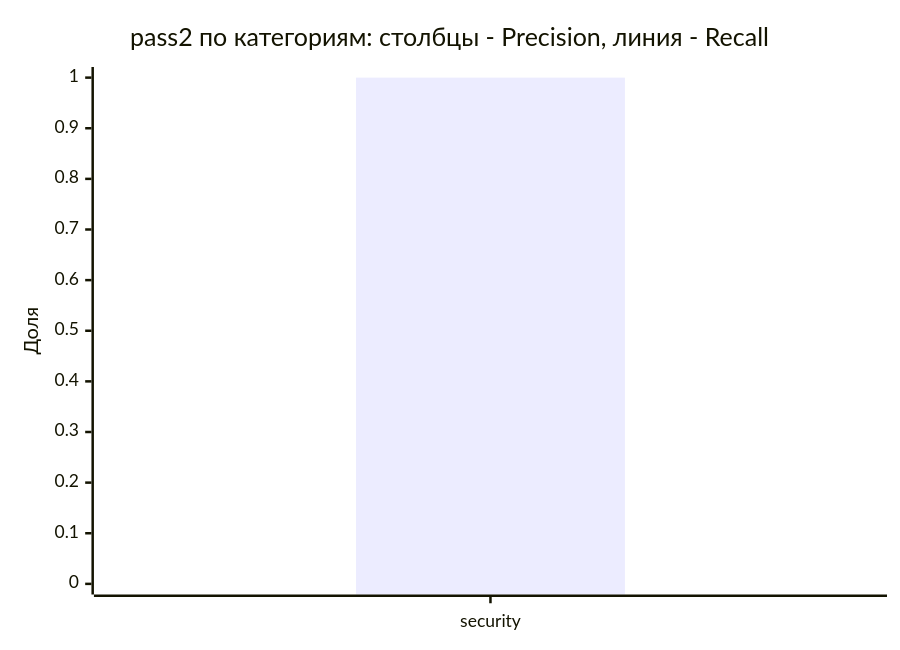
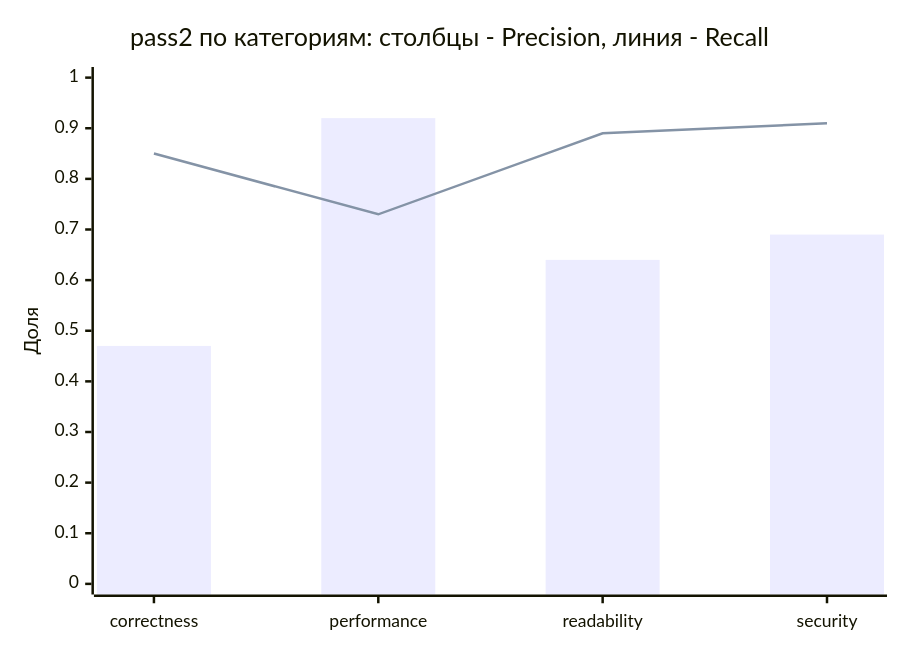
Before and after one commit to larchanka-training/dmc-268-api-t1: the second of 3 diagrams in BENCHMARK_REPORT.md, drawn with Mermaid. The commit also changed other lines of this file, not shown here.

````diff
--- a/BENCHMARK_REPORT.md
+++ b/BENCHMARK_REPORT.md
@@ -78,8 +78,8 @@
 ```mermaid
 xychart-beta
     title "pass2 по категориям: столбцы - Precision, линия - Recall"
-    x-axis ["security"]
+    x-axis ["correctness", "performance", "readability", "security"]
     y-axis "Доля" 0 --> 1
-    bar [1.00]
-    line [1.00]
+    bar [0.47, 0.92, 0.64, 0.69]
+    line [0.85, 0.73, 0.89, 0.91]
 ```
````
